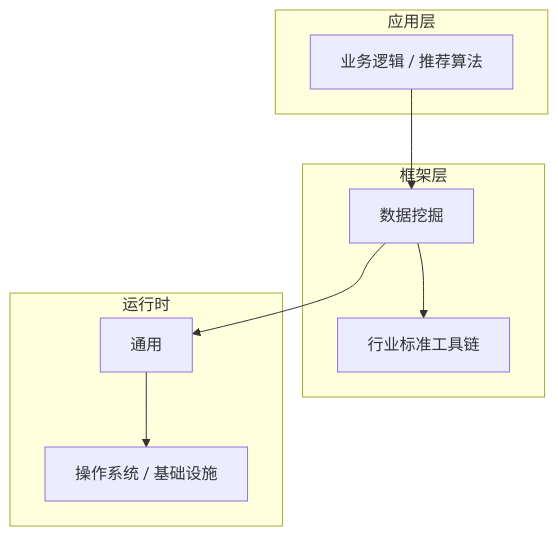
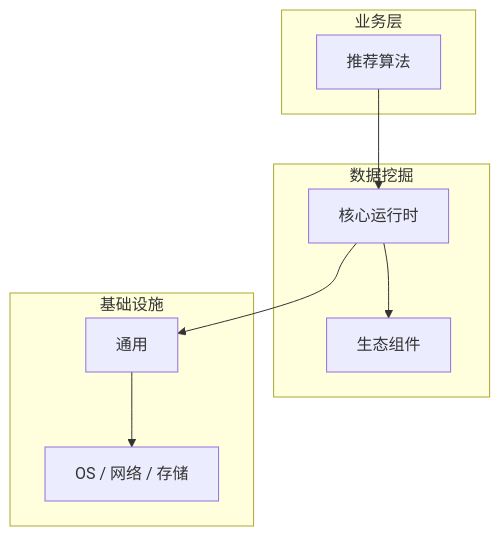
Before and after one commit to yanggan2015/knowledge-json-v2: the diagram in articles/数据挖掘/chapters/071-推荐算法核心概念与原理.md, drawn with Mermaid. The commit also changed other lines of this file and 10127 other files, not shown here.

````diff
--- a/articles/数据挖掘/chapters/071-推荐算法核心概念与原理.md
+++ b/articles/数据挖掘/chapters/071-推荐算法核心概念与原理.md
@@ -45,18 +30,18 @@
 ```mermaid
 graph TB
-    subgraph 应用层
-        A[业务逻辑 / 推荐算法]
+    subgraph 业务层
+        A[推荐算法]
     end
-    subgraph 框架层
-        B[数据挖掘]
-        C[行业标准工具链]
+    subgraph 数据挖掘
+        B[核心运行时]
+        C[生态组件]
     end
-    subgraph 运行时
+    subgraph 基础设施
         D[通用]
-        E[操作系统 / 基础设施]
+        E[OS / 网络 / 存储]
     end
     A --> B
     B --> C
     B --> D
     D --> E
 ```
````
